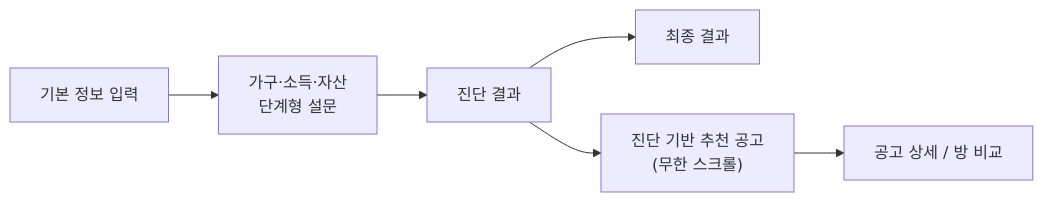
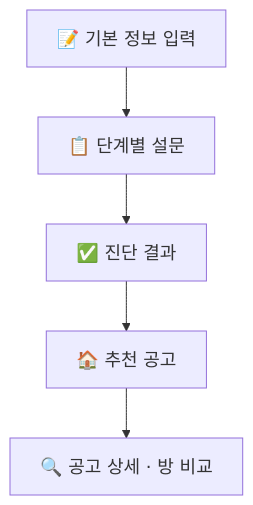
Before and after one commit to kyungchan3007/PinHouse_FE: the seventh of 8 diagrams in README.md, drawn with Mermaid. The commit also changed other lines of this file, not shown here.

First line of the commit message:
2026-09-14 docs: README 다이어그램 가독성 개선

````diff
--- a/README.md
+++ b/README.md
@@ -297,7 +275,11 @@
 ```mermaid
-flowchart LR
-    S1["기본 정보 입력"] --> S2["가구·소득·자산<br/>단계형 설문"] --> R["진단 결과"]
-    R --> F["최종 결과"]
-    R --> REC["진단 기반 추천 공고<br/>(무한 스크롤)"]
-    REC --> D["공고 상세 / 방 비교"]
+%%{init: {'themeVariables': {'fontSize': '18px'}}}%%
+flowchart TB
+    S1["📝 기본 정보 입력"]
+    S2["📋 단계별 설문"]
+    R["✅ 진단 결과"]
+    REC["🏠 추천 공고"]
+    D["🔍 공고 상세 · 방 비교"]
+
+    S1 --> S2 --> R --> REC --> D
 ```
````
